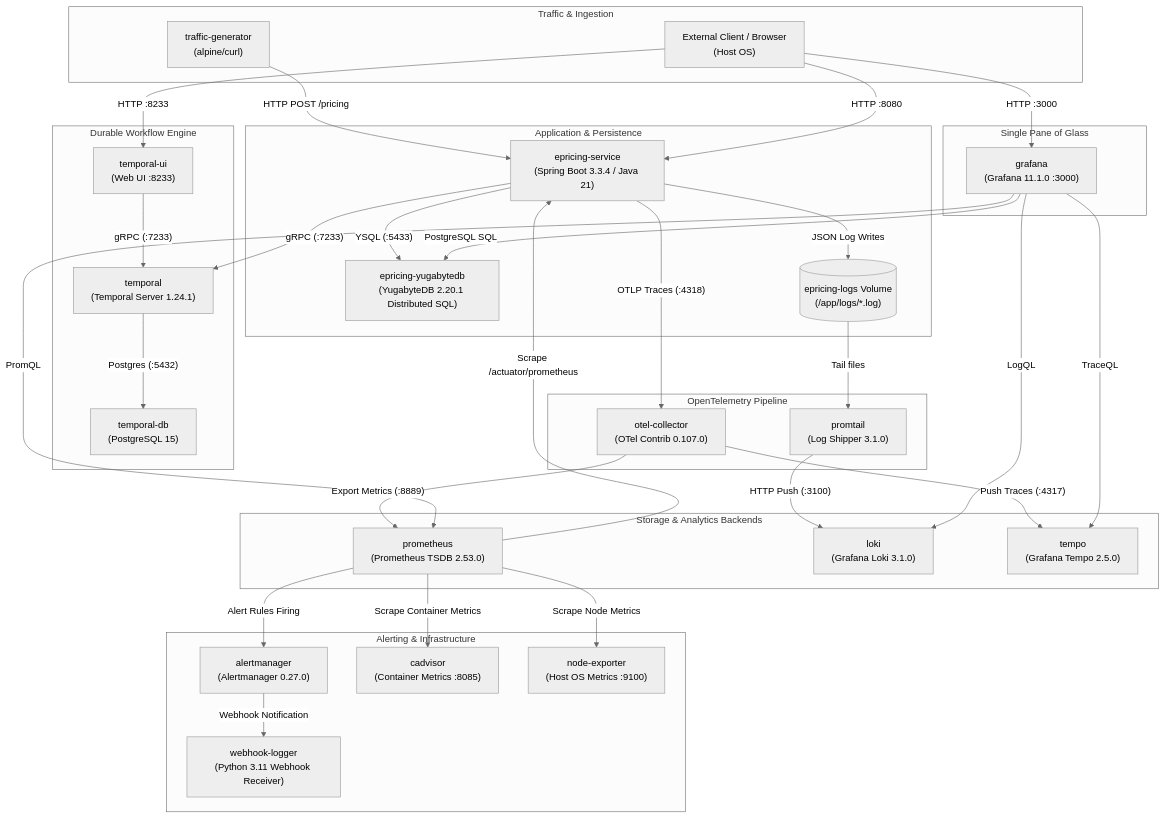
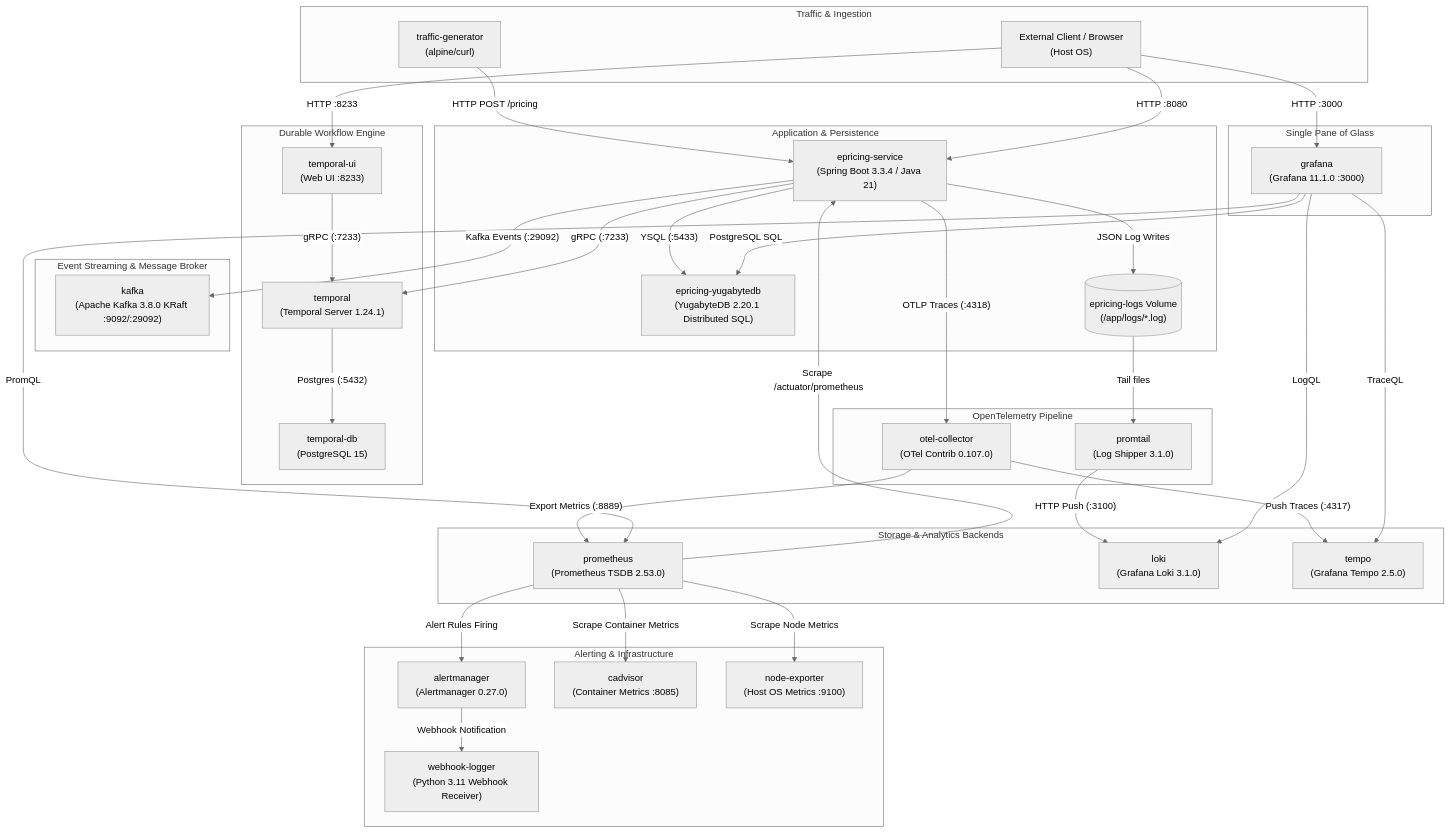
Before and after one commit to aroma76/epricing-service: the diagram in docs/docker/CONTAINERS_GUIDE.md, drawn with Mermaid (neutral theme). The commit also changed other lines of this file and 65 other files, not shown here.

Commit message:
feat: complete production readiness audit, remediate 11 latent traps, add Kafka KRaft streaming, overhaul documentation, and add interactive architecture showcase

````diff
--- a/docs/docker/CONTAINERS_GUIDE.md
+++ b/docs/docker/CONTAINERS_GUIDE.md
@@ -45,74 +46,79 @@
 ```mermaid
 graph TB
     subgraph ClientAndTraffic ["Traffic & Ingestion"]
         TG["traffic-generator\n(alpine/curl)"]
         CLIENT["External Client / Browser\n(Host OS)"]
     end
 
     subgraph AppAndDatabase ["Application & Persistence"]
         APP["epricing-service\n(Spring Boot 3.3.4 / Java 21)"]
         YDB["epricing-yugabytedb\n(YugabyteDB 2.20.1 Distributed SQL)"]
         LOGS_VOL[("epricing-logs Volume\n(/app/logs/*.log)")]
+    end
+
+    subgraph MessagingTier ["Event Streaming & Message Broker"]
+        KAFKA["kafka\n(Apache Kafka 3.8.0 KRaft :9092/:29092)"]
     end
 
     subgraph TemporalStack ["Durable Workflow Engine"]
         TDB["temporal-db\n(PostgreSQL 15)"]
         TENG["temporal\n(Temporal Server 1.24.1)"]
         TUI["temporal-ui\n(Web UI :8233)"]
     end
 
     subgraph TelemetryPipeline ["OpenTelemetry Pipeline"]
         OTEL["otel-collector\n(OTel Contrib 0.107.0)"]
         PT["promtail\n(Log Shipper 3.1.0)"]
     end
 
     subgraph ObservabilityBackends ["Storage & Analytics Backends"]
         PROM["prometheus\n(Prometheus TSDB 2.53.0)"]
         LOKI["loki\n(Grafana Loki 3.1.0)"]
         TEMPO["tempo\n(Grafana Tempo 2.5.0)"]
     end
 
     subgraph AlertingLayer ["Alerting & Infrastructure"]
         AM["alertmanager\n(Alertmanager 0.27.0)"]
         WH["webhook-logger\n(Python 3.11 Webhook Receiver)"]
         CADV["cadvisor\n(Container Metrics :8085)"]
         NODE["node-exporter\n(Host OS Metrics :9100)"]
     end
 
     subgraph VisualizationLayer ["Single Pane of Glass"]
         GRAF["grafana\n(Grafana 11.1.0 :3000)"]
     end
 
     %% Traffic flows
     TG -->|"HTTP POST /pricing"| APP
     CLIENT -->|"HTTP :8080"| APP
     CLIENT -->|"HTTP :8233"| TUI
     CLIENT -->|"HTTP :3000"| GRAF
 
-    %% App & DB
+    %% App & DB & Messaging
     APP -->|"YSQL (:5433)"| YDB
     APP -->|"JSON Log Writes"| LOGS_VOL
     APP -->|"OTLP Traces (:4318)"| OTEL
     APP -->|"gRPC (:7233)"| TENG
+    APP -->|"Kafka Events (:29092)"| KAFKA
 
     %% Temporal
     TENG -->|"Postgres (:5432)"| TDB
     TUI -->|"gRPC (:7233)"| TENG
 
     %% Logs & Metrics
     LOGS_VOL -->|"Tail files"| PT
     PT -->|"HTTP Push (:3100)"| LOKI
     OTEL -->|"Push Traces (:4317)"| TEMPO
     OTEL -->|"Export Metrics (:8889)"| PROM
     PROM -->|"Scrape /actuator/prometheus"| APP
     PROM -->|"Scrape Container Metrics"| CADV
     PROM -->|"Scrape Node Metrics"| NODE
     PROM -->|"Alert Rules Firing"| AM
     AM -->|"Webhook Notification"| WH
 
     %% Grafana Data Sources
     GRAF -->|"PromQL"| PROM
     GRAF -->|"LogQL"| LOKI
     GRAF -->|"TraceQL"| TEMPO
     GRAF -->|"PostgreSQL SQL"| YDB
 ```
````
